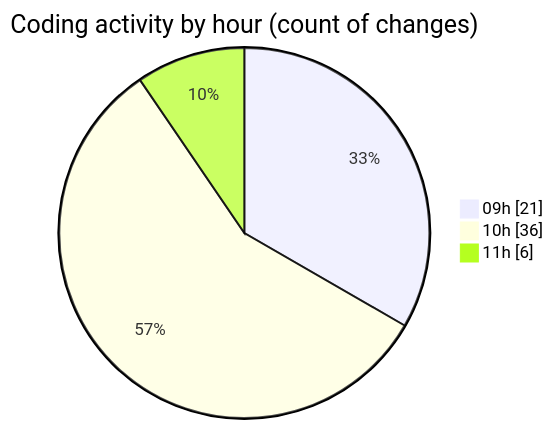
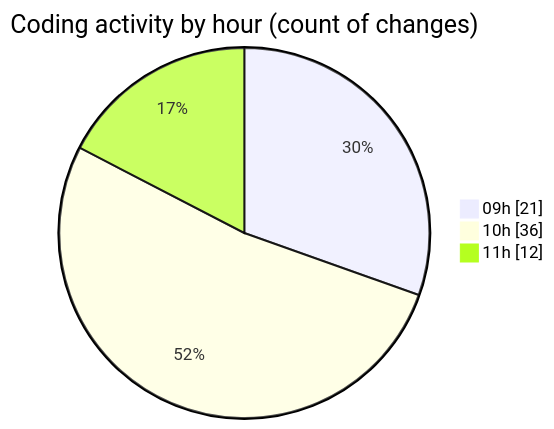
The second of 2 diagrams in 2025-09-09/cda/README.md (momahboobian/code-tracking), drawn with Mermaid before and after one commit. The commit also changed other lines of this file and 1 other file, not shown here.

````diff
--- a/2025-09-09/cda/README.md
+++ b/2025-09-09/cda/README.md
@@ -63,7 +68,7 @@
 ```mermaid
 pie showData
 title Coding activity by hour (count of changes)
 "09h" : 21
 "10h" : 36
-"11h" : 6
+"11h" : 12
 ```
````
